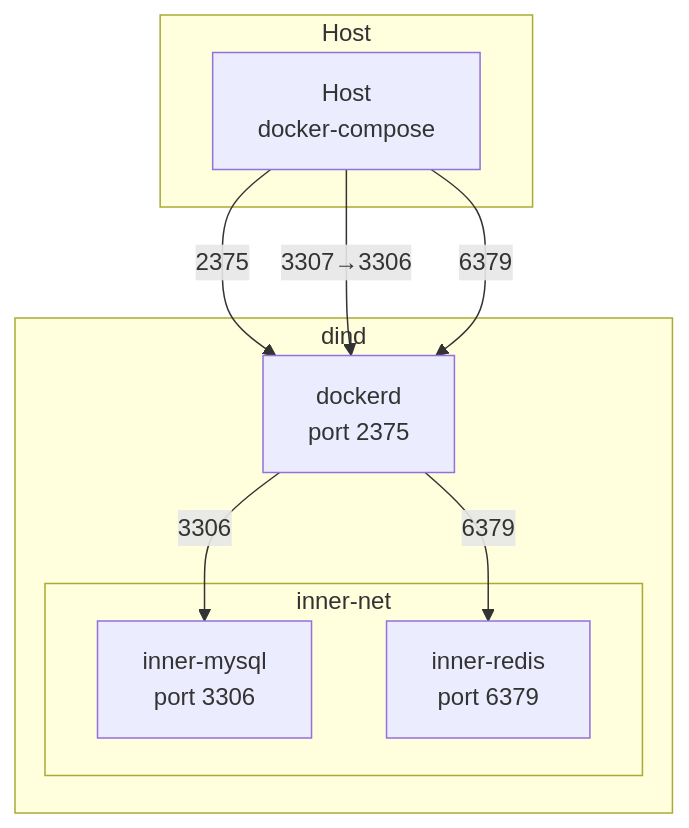
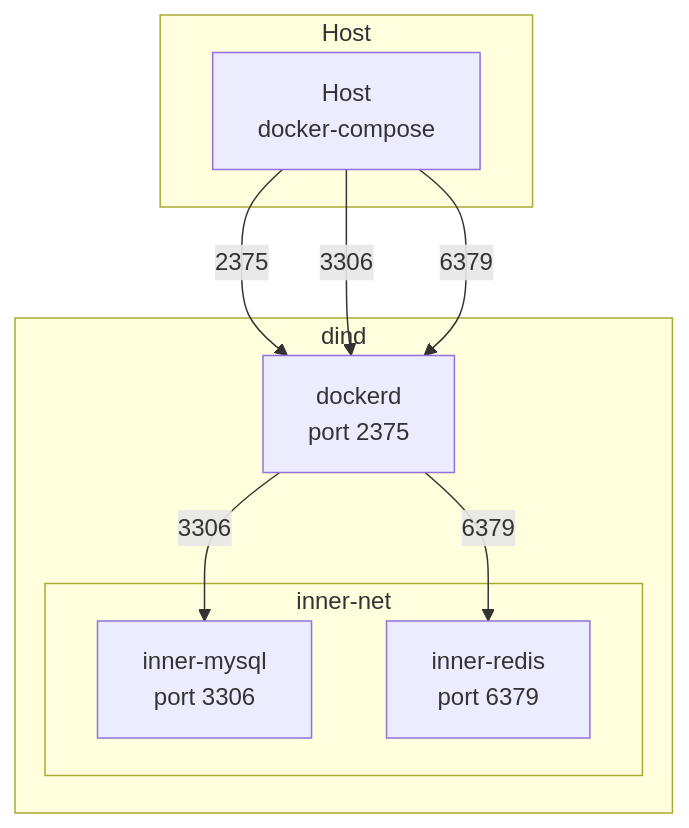
One commit to Ymmy833y/dind-sample changed the diagram in README.md. Above: the diagram before and after it, drawn with Mermaid.

````diff
--- a/README.md
+++ b/README.md
@@ -17,26 +17,26 @@
 ```mermaid
 graph TD
   %% ────────── Host（docker-compose が動く層）──────────
   subgraph Host
     host_compose[Host<br/>docker-compose]
   end
 
   %% ────────── dind コンテナ層 ──────────
   subgraph dind
     dockerd[dockerd<br/>port 2375]
 
     %% inner-net : dind 内のユーザー定義 bridge
     subgraph inner-net
       mysql[inner-mysql<br/>port 3306]
       redis[inner-redis<br/>port 6379]
     end
   end
 
   %% 接続（ラベルはコメントにして視覚を簡潔に）
   host_compose -->|2375| dockerd
-  host_compose -->|3307→3306| dockerd
+  host_compose -->|3306| dockerd
   host_compose -->|6379| dockerd
 
   dockerd -->|3306| mysql
   dockerd -->|6379| redis
 ```
````
